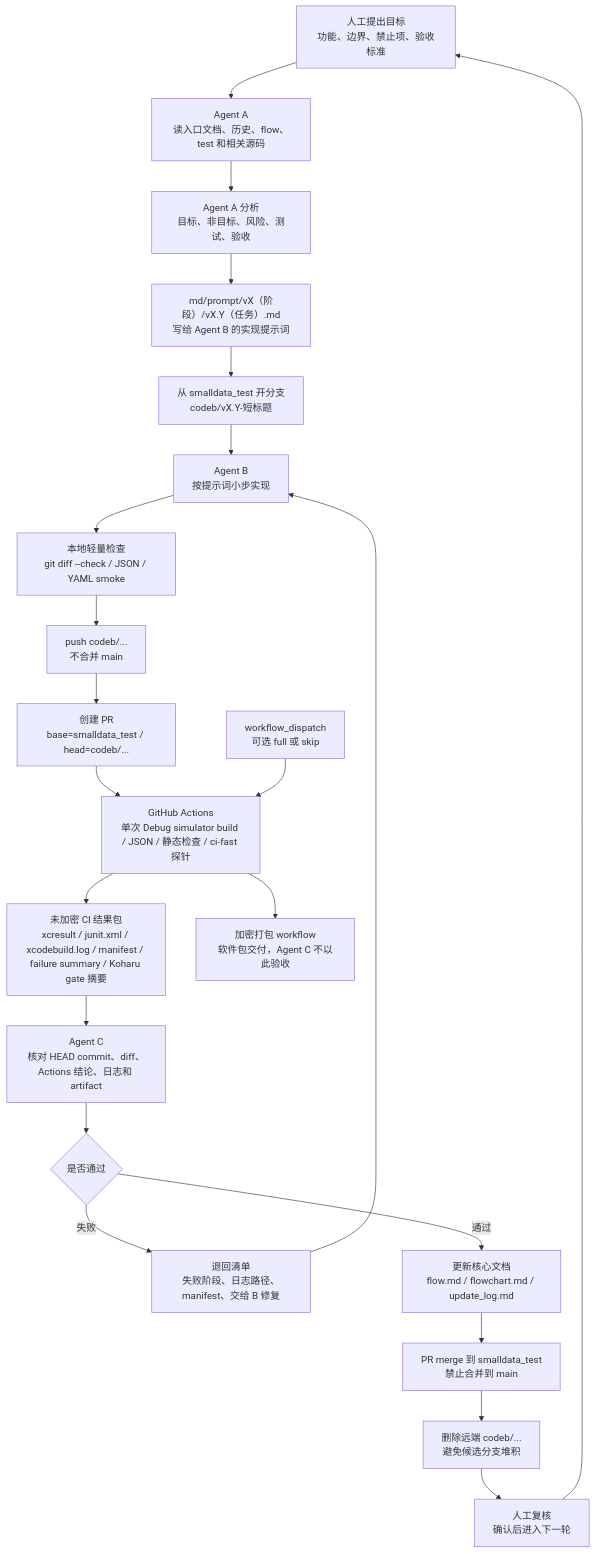
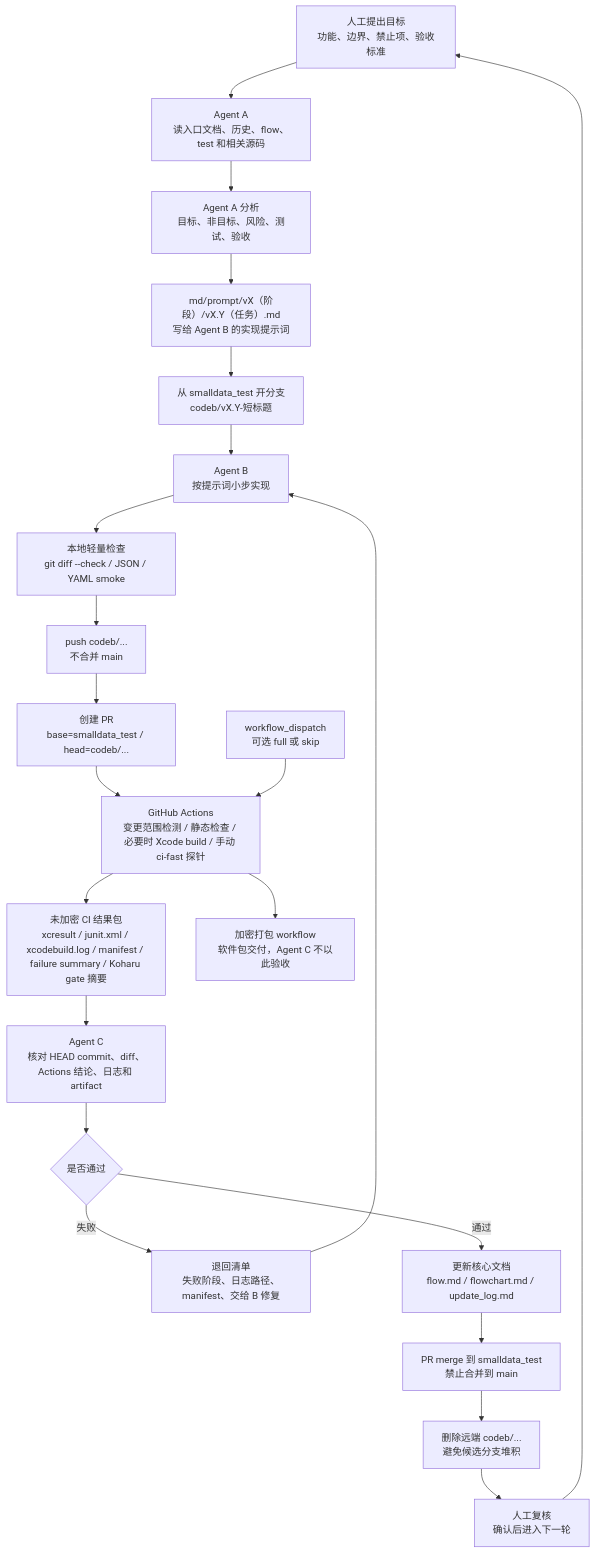
The third of 3 diagrams in md/flow/flowchart.md (bengzhu/project1_lgbt_naxida), drawn with Mermaid before and after one commit. The commit also changed other lines of this file and 22 other files, not shown here.

````diff
--- a/md/flow/flowchart.md
+++ b/md/flow/flowchart.md
@@ -212,35 +213,35 @@
 ```mermaid
 flowchart TD
   %% 人工输入：目标和约束
   H["人工提出目标<br/>功能、边界、禁止项、验收标准"] --> A1["Agent A<br/>读入口文档、历史、flow、test 和相关源码"]
 
   %% Agent A 输出版本化提示词
   A1 --> A2["Agent A 分析<br/>目标、非目标、风险、测试、验收"]
   A2 --> P["md/prompt/vX（阶段）/vX.Y（任务）.md<br/>写给 Agent B 的实现提示词"]
 
   %% Agent B 实现、轻量检查和推送
   P --> B0["从 smalldata_test 开分支<br/>codeb/vX.Y-短标题"]
   B0 --> B1["Agent B<br/>按提示词小步实现"]
   B1 --> B2["本地轻量检查<br/>git diff --check / JSON / YAML smoke"]
   B2 --> B3["push codeb/...<br/>不合并 main"]
   B3 --> B4["创建 PR<br/>base=smalldata_test / head=codeb/..."]
 
   %% 云端验证和结果包
-  B4 --> G1["GitHub Actions<br/>单次 Debug simulator build / JSON / 静态检查 / ci-fast 探针"]
+  B4 --> G1["GitHub Actions<br/>变更范围检测 / 静态检查 / 必要时 Xcode build / 手动 ci-fast 探针"]
   G0["workflow_dispatch<br/>可选 full 或 skip"] --> G1
   G1 --> G2["未加密 CI 结果包<br/>xcresult / junit.xml / xcodebuild.log / manifest / failure summary / Koharu gate 摘要"]
   G1 --> G3["加密打包 workflow<br/>软件包交付，Agent C 不以此验收"]
 
   %% Agent C 验收和文档同步
   G2 --> C1["Agent C<br/>核对 HEAD commit、diff、Actions 结论、日志和 artifact"]
   C1 --> CFail{"是否通过"}
   CFail -- "失败" --> R["退回清单<br/>失败阶段、日志路径、manifest、交给 B 修复"]
   R --> B1
   CFail -- "通过" --> C2["更新核心文档<br/>flow.md / flowchart.md / update_log.md"]
   C2 --> C3["PR merge 到 smalldata_test<br/>禁止合并到 main"]
   C3 --> C4["删除远端 codeb/...<br/>避免候选分支堆积"]
 
   %% 回到人工
   C4 --> H2["人工复核<br/>确认后进入下一轮"]
   H2 --> H
 ```
````
